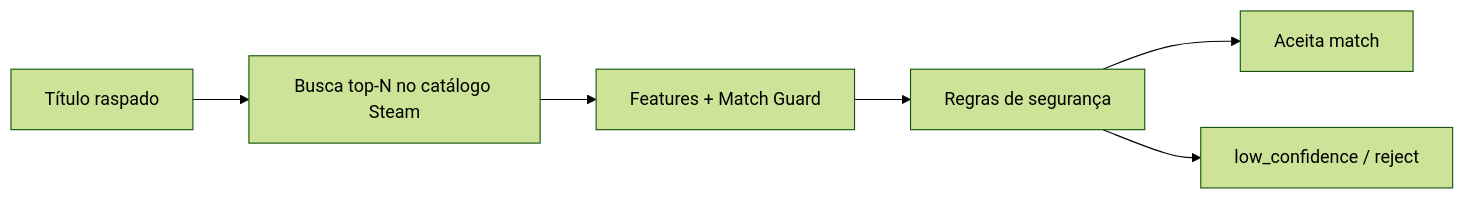
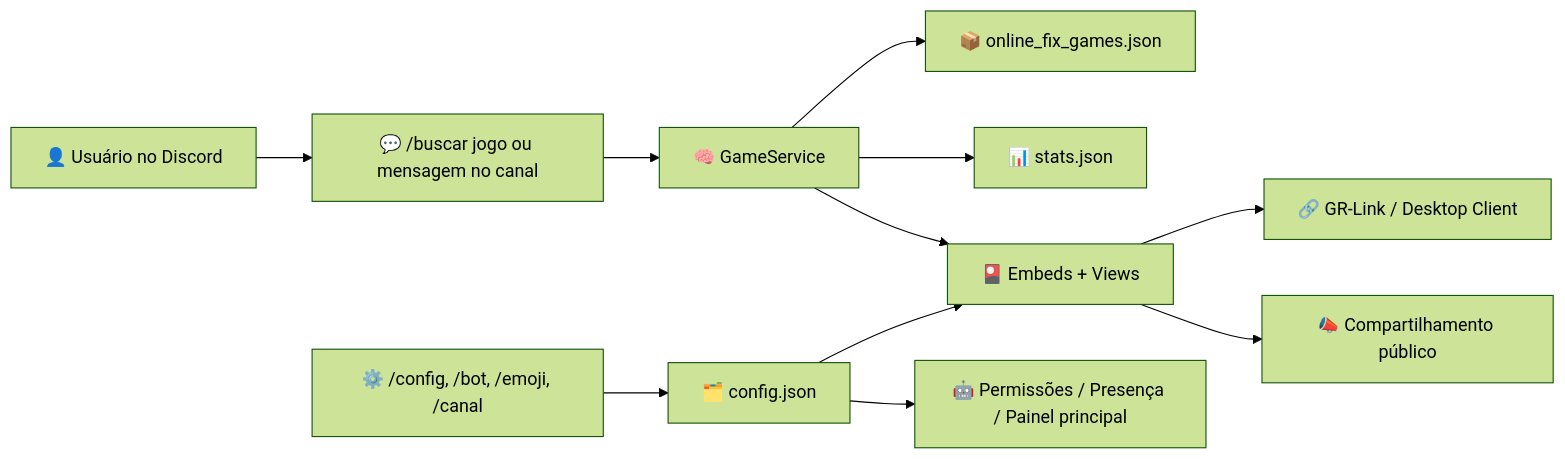
One commit to zKauaFerreira/The-Gaming-Rumble changed the diagram in README.md. Above: the diagram before and after it, drawn with Mermaid (forest theme). The commit also changed other lines of this file and 1772 other files, not shown here.

Commit message:
feat: add discord bot codebase

````diff
--- a/README.md
+++ b/README.md
@@ -468,8 +88,15 @@
 ```mermaid
 flowchart LR
-  A["Título raspado"] --> B["Busca top-N no catálogo Steam"]
-  B --> C["Features + Match Guard"]
-  C --> D["Regras de segurança"]
-  D --> E["Aceita match"]
-  D --> F["low_confidence / reject"]
+  A["👤 Usuário no Discord"] --> B["💬 /buscar jogo ou mensagem no canal"]
+  B --> C["🧠 GameService"]
+  C --> D["📦 online_fix_games.json"]
+  C --> E["📊 stats.json"]
+
+  C --> F["🎴 Embeds + Views"]
+  F --> G["🔗 GR-Link / Desktop Client"]
+  F --> H["📣 Compartilhamento público"]
+
+  I["⚙️ /config, /bot, /emoji, /canal"] --> J["🗂️ config.json"]
+  J --> F
+  J --> K["🤖 Permissões / Presença / Painel principal"]
 ```
````
